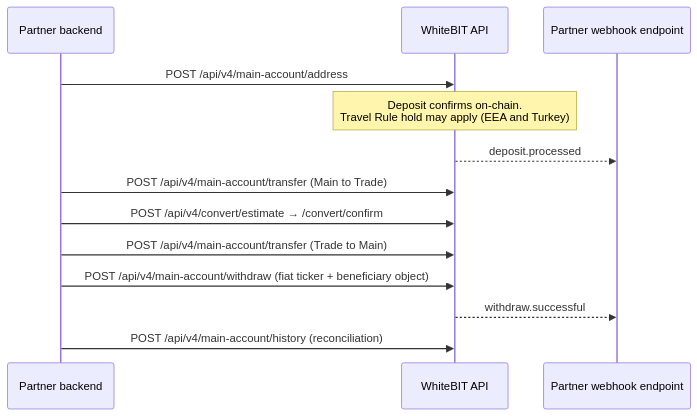
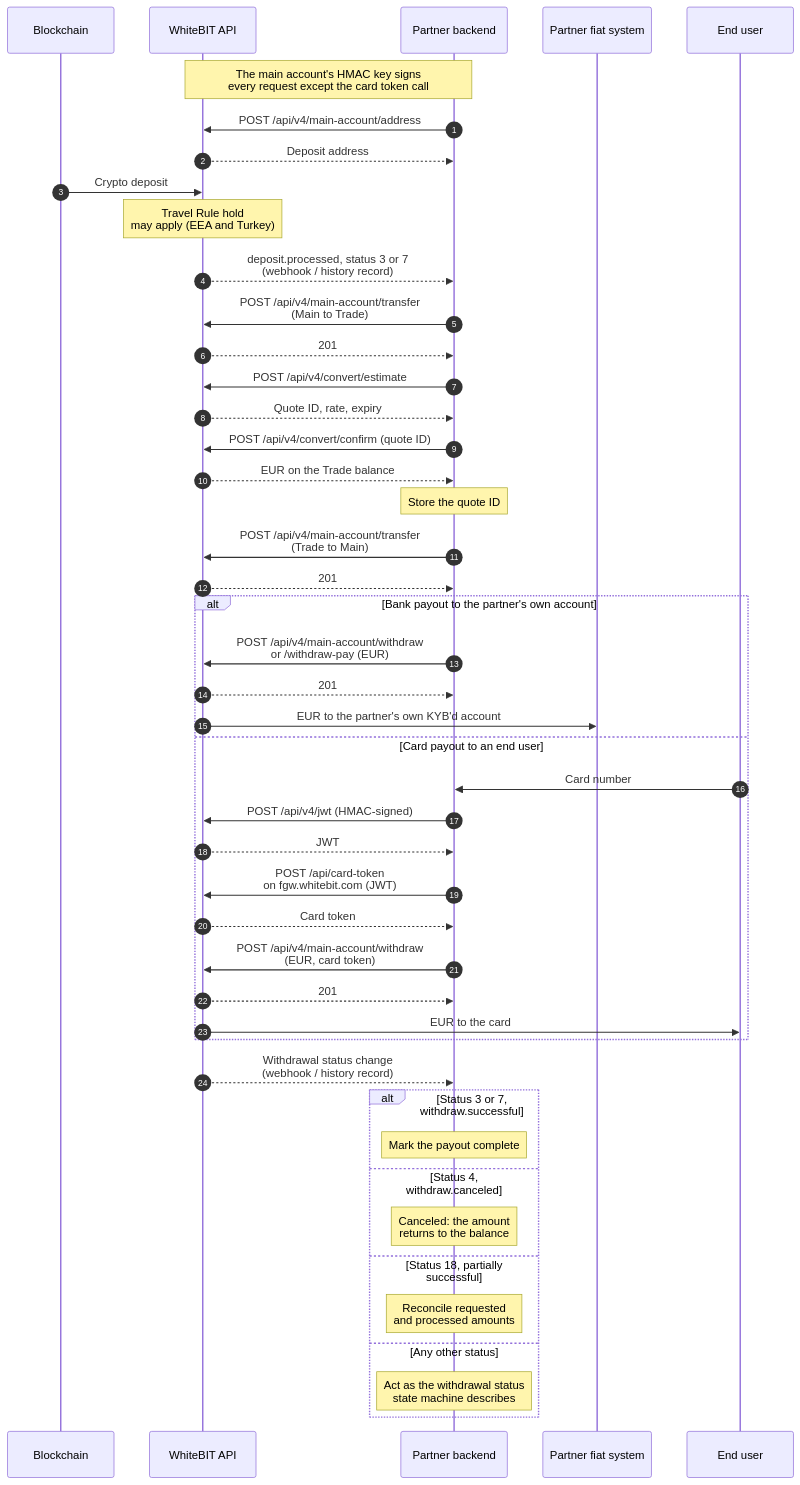
One commit to whitebit-exchange/docs changed the third of 3 diagrams in guides/on-off-ramp-integration.mdx. Above: the diagram before and after it, drawn with Mermaid. The commit also changed other lines of this file and 10 other files, not shown here.

Commit message:
fix(guide): correct on/off-ramp pages and add flow diagrams

````diff
--- a/guides/on-off-ramp-integration.mdx
+++ b/guides/on-off-ramp-integration.mdx
@@ -114,15 +179,49 @@
 ```mermaid
 sequenceDiagram
-    participant Partner as Partner backend
-    participant WhiteBIT as WhiteBIT API
-    participant Hook as Partner webhook endpoint
-    Partner->>WhiteBIT: POST /api/v4/main-account/address
-    Note over WhiteBIT: Deposit confirms on-chain.<br/>Travel Rule hold may apply (EEA and Turkey)
-    WhiteBIT-->>Hook: deposit.processed
-    Partner->>WhiteBIT: POST /api/v4/main-account/transfer (Main to Trade)
-    Partner->>WhiteBIT: POST /api/v4/convert/estimate → /convert/confirm
-    Partner->>WhiteBIT: POST /api/v4/main-account/transfer (Trade to Main)
-    Partner->>WhiteBIT: POST /api/v4/main-account/withdraw (fiat ticker + beneficiary object)
-    WhiteBIT-->>Hook: withdraw.successful
-    Partner->>WhiteBIT: POST /api/v4/main-account/history (reconciliation)
+    autonumber
+    participant B as Blockchain
+    participant W as WhiteBIT API
+    participant P as Partner backend
+    participant F as Partner fiat system
+    participant U as End user
+
+    Note over W,P: The main account's HMAC key signs<br/>every request except the card token call
+    P->>W: POST /api/v4/main-account/address
+    W-->>P: Deposit address
+    B->>W: Crypto deposit
+    Note over W: Travel Rule hold<br/>may apply (EEA and Turkey)
+    W-->>P: deposit.processed, status 3 or 7<br/>(webhook / history record)
+    P->>W: POST /api/v4/main-account/transfer<br/>(Main to Trade)
+    W-->>P: 201
+    P->>W: POST /api/v4/convert/estimate
+    W-->>P: Quote ID, rate, expiry
+    P->>W: POST /api/v4/convert/confirm (quote ID)
+    W-->>P: EUR on the Trade balance
+    Note over P: Store the quote ID
+    P->>W: POST /api/v4/main-account/transfer<br/>(Trade to Main)
+    W-->>P: 201
+    alt Bank payout to the partner's own account
+        P->>W: POST /api/v4/main-account/withdraw<br/>or /withdraw-pay (EUR)
+        W-->>P: 201
+        W->>F: EUR to the partner's own KYB'd account
+    else Card payout to an end user
+        U->>P: Card number
+        P->>W: POST /api/v4/jwt (HMAC-signed)
+        W-->>P: JWT
+        P->>W: POST /api/card-token<br/>on fgw.whitebit.com (JWT)
+        W-->>P: Card token
+        P->>W: POST /api/v4/main-account/withdraw<br/>(EUR, card token)
+        W-->>P: 201
+        W->>U: EUR to the card
+    end
+    W-->>P: Withdrawal status change<br/>(webhook / history record)
+    alt Status 3 or 7, withdraw.successful
+        Note over P: Mark the payout complete
+    else Status 4, withdraw.canceled
+        Note over P: Canceled: the amount<br/>returns to the balance
+    else Status 18, partially successful
+        Note over P: Reconcile requested<br/>and processed amounts
+    else Any other status
+        Note over P: Act as the withdrawal status<br/>state machine describes
+    end
 ```
````
